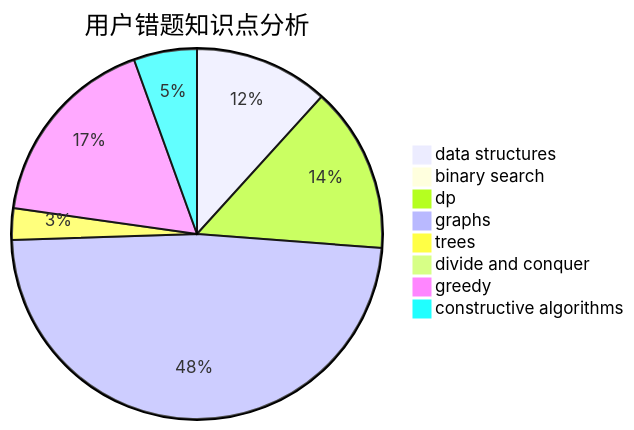
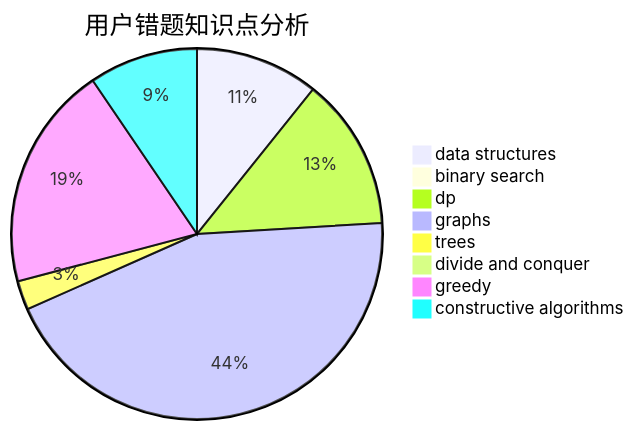
Before and after one commit to sherpahu/cfrs.github.io: the third of 3 diagrams in docs/user/u2713.md, drawn with Mermaid. The commit also changed other lines of this file and 2770 other files, not shown here.

````diff
--- a/docs/user/u2713.md
+++ b/docs/user/u2713.md
@@ -36,11 +36,11 @@
 ```mermaid
 pie title 用户错题知识点分析
     "data structures" :  17
     "binary search" :  1
     "dp" :  21
     "graphs" :  70
     "trees" :  4
     "divide and conquer" :  0
-    "greedy" :  25
-    "constructive algorithms" :  8
+    "greedy" :  31
+    "constructive algorithms" :  15
 ```
````
